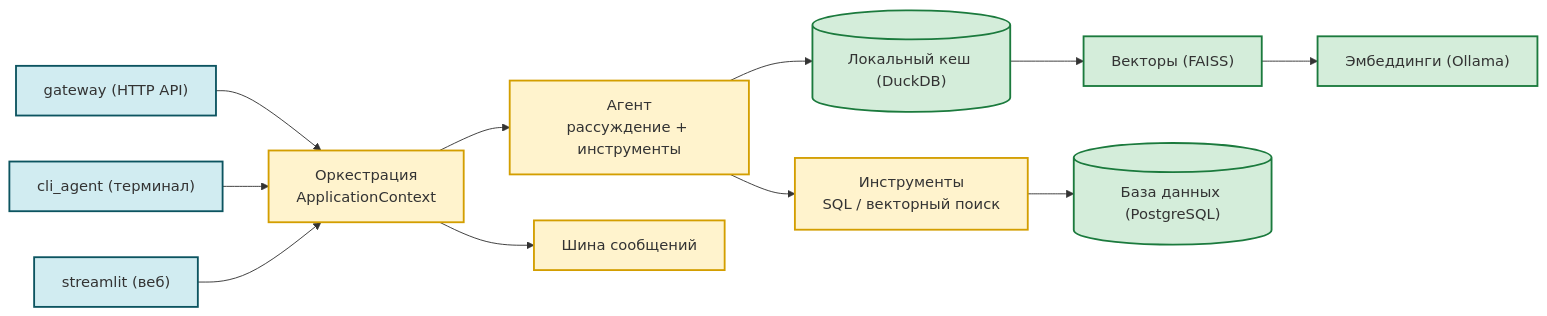
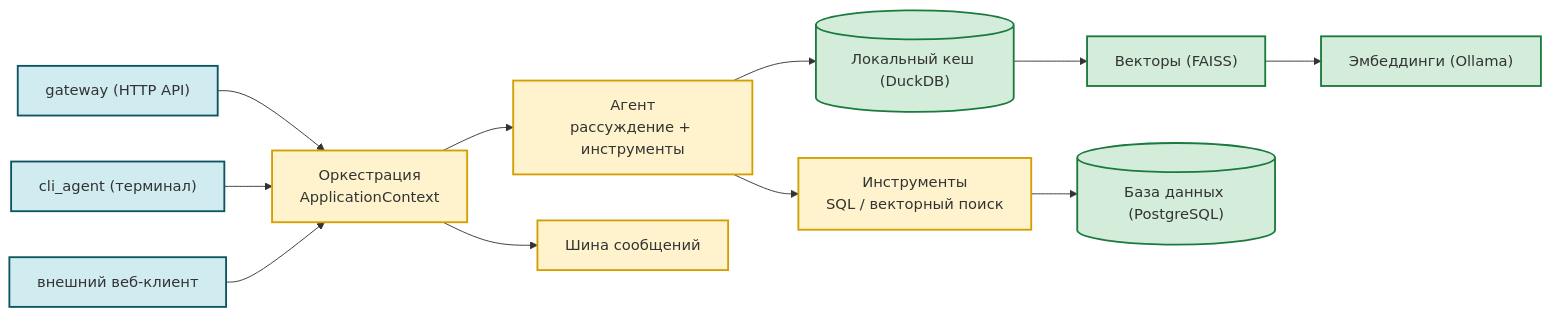
The diagram in README.md (AlexEgorov85/workspaces_nanobot), drawn with Mermaid before and after one commit. The commit also changed other lines of this file and 86 other files, not shown here.

````diff
--- a/README.md
+++ b/README.md
@@ -57,19 +56,19 @@
 ```mermaid
 flowchart LR
     WEB["gateway (HTTP API)"] --> ORCH["Оркестрация<br/>ApplicationContext"]
     TERM["cli_agent (терминал)"] --> ORCH
-    UI["streamlit (веб)"] --> ORCH
+    UI["внешний веб-клиент"] --> ORCH
     ORCH --> AGENT["Агент<br/>рассуждение + инструменты"]
     ORCH --> BUS["Шина сообщений"]
     AGENT --> CACHE[("Локальный кеш (DuckDB)")]
     AGENT --> TOOLS["Инструменты<br/>SQL / векторный поиск"]
     CACHE --> VEC["Векторы (FAISS)"]
     TOOLS --> DB[("База данных (PostgreSQL)")]
     VEC --> EMB["Эмбеддинги (Ollama)"]
     classDef entry fill:#d1ecf1,stroke:#0c5460,stroke-width:2px
     classDef core fill:#fff3cd,stroke:#d39e00,stroke-width:2px
     classDef infra fill:#d4edda,stroke:#1b7a3d,stroke-width:2px
     class WEB,TERM,UI entry
     class ORCH,AGENT,BUS,TOOLS core
     class CACHE,VEC,DB,EMB infra
 ```
````
